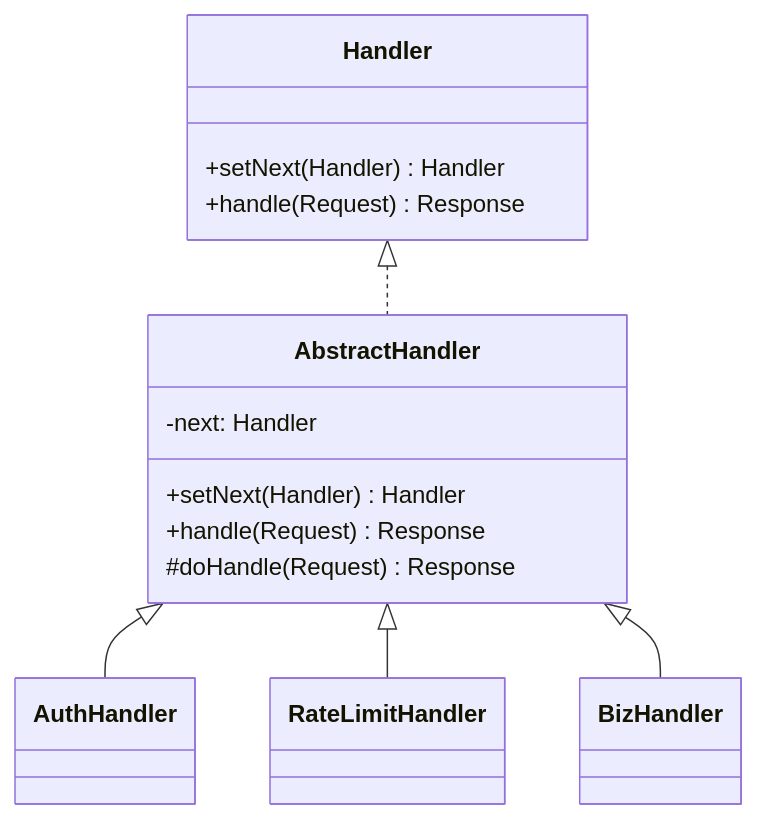
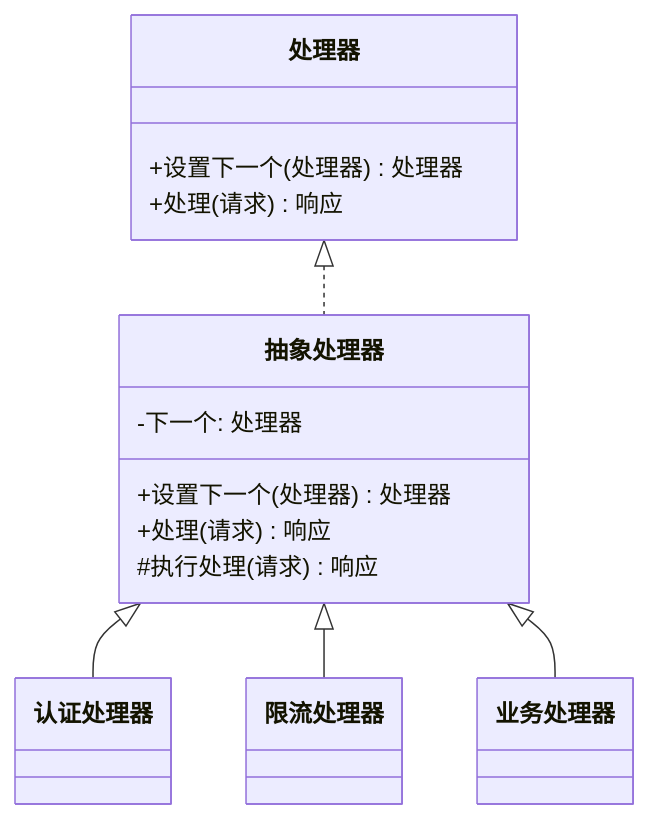
The diagram in src/设计模式/行为模式/责任链模式.md (xlb3055/newBlog), drawn with Mermaid before and after one commit. The commit also changed other lines of this file and 17 other files, not shown here.

````diff
--- a/src/设计模式/行为模式/责任链模式.md
+++ b/src/设计模式/行为模式/责任链模式.md
@@ -32,21 +32,21 @@
 ```mermaid
 classDiagram
-    class Handler {
-      +setNext(Handler) Handler
-      +handle(Request) Response
+    class 处理器 {
+      +设置下一个(处理器) 处理器
+      +处理(请求) 响应
     }
-    class AbstractHandler {
-      -next: Handler
-      +setNext(Handler) Handler
-      +handle(Request) Response
-      #doHandle(Request) Response
+    class 抽象处理器 {
+      -下一个: 处理器
+      +设置下一个(处理器) 处理器
+      +处理(请求) 响应
+      #执行处理(请求) 响应
     }
-    class AuthHandler
-    class RateLimitHandler
-    class BizHandler
+    class 认证处理器
+    class 限流处理器
+    class 业务处理器
 
-    Handler <|.. AbstractHandler
-    AbstractHandler <|-- AuthHandler
-    AbstractHandler <|-- RateLimitHandler
-    AbstractHandler <|-- BizHandler
+    处理器 <|.. 抽象处理器
+    抽象处理器 <|-- 认证处理器
+    抽象处理器 <|-- 限流处理器
+    抽象处理器 <|-- 业务处理器
 ```
````
